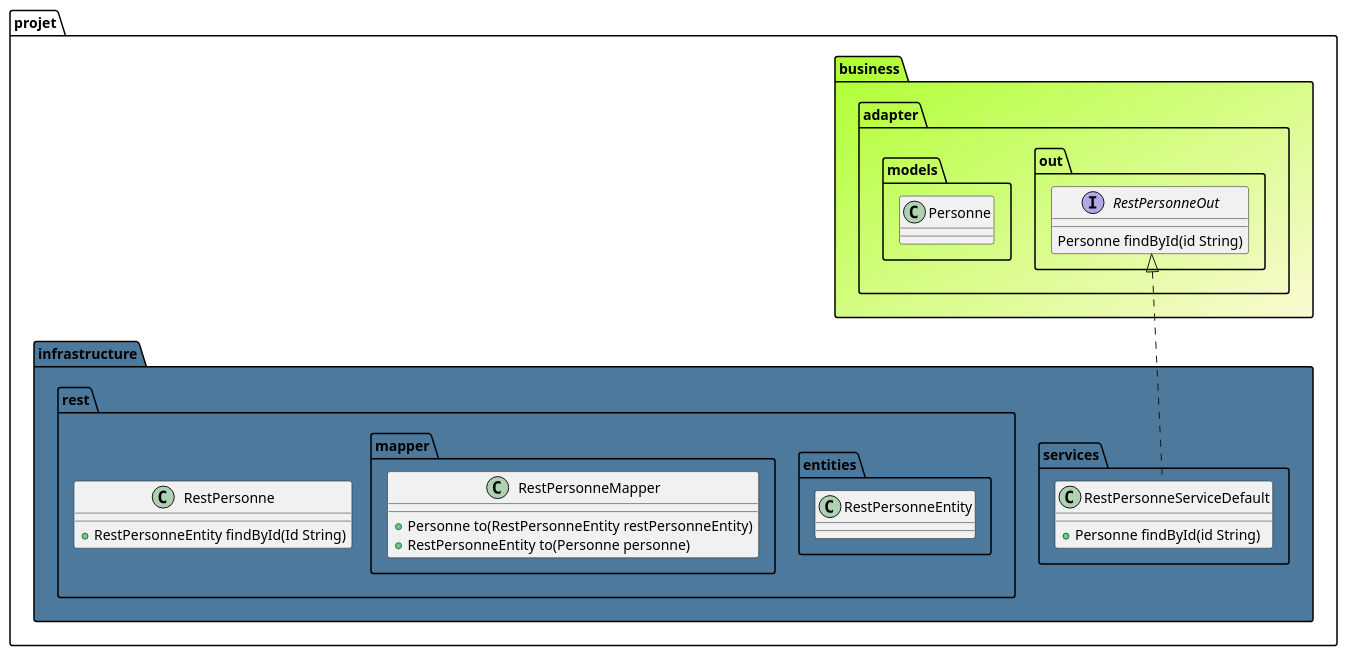
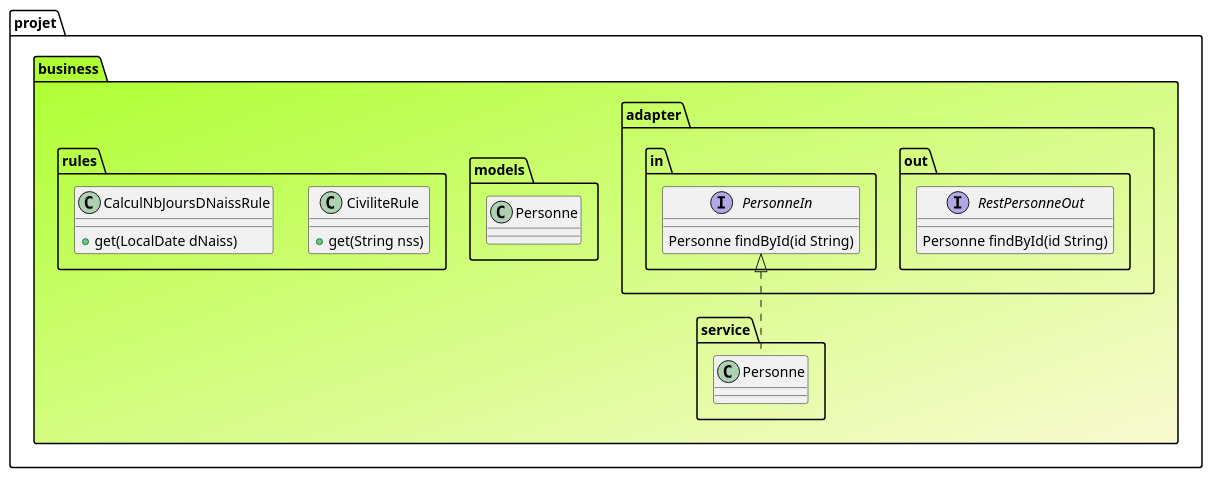
Before and after one commit to stef38-code/structureProjet: the diagram in images/business/dia_business_ex.puml, drawn with PlantUML. The commit also changed 10 other files, not shown here.

```diff
--- a/images/business/dia_business_ex.puml
+++ b/images/business/dia_business_ex.puml
@@ -1,34 +1,32 @@
 @startuml
 package projet.business #GreenYellow/LightGoldenRodYellow {
   package projet.business.adapter.out {
   interface RestPersonneOut {
     Personne findById(id String)
   }
   }
-  package projet.business.adapter.models {
+  package projet.business.adapter.in {
+    interface PersonneIn {
+      Personne findById(id String)
+    }
+    }
+  package projet.business.models {
     class Personne{
     }
   }
+    package projet.business.rules {
+        class CiviliteRule{
+            +get(String nss)
+        }
+        class CalculNbJoursDNaissRule{
+            +get(LocalDate dNaiss)
+        }
+      }
+      package projet.business.service {
+          class Personne implements projet.business.adapter.in.PersonneIn {
+          }
+        }
 }
-package projet.infrastructure #4C799C {
-  package projet.infrastructure.services {
-    class RestPersonneServiceDefault implements projet.business.adapter.out.RestPersonneOut {
-    + {method} Personne findById(id String)
-    }
-  }
-  package projet.infrastructure.rest {
-    class RestPersonne{
-        + RestPersonneEntity findById(Id String)
-    }
-  }
-  package projet.infrastructure.rest.entities {
-    class RestPersonneEntity
-  }
-  package projet.infrastructure.rest.mapper {
-    class RestPersonneMapper{
-        + Personne to(RestPersonneEntity restPersonneEntity)
-        + RestPersonneEntity to(Personne personne)
-    }
-  }
+
 }
 @enduml
```
